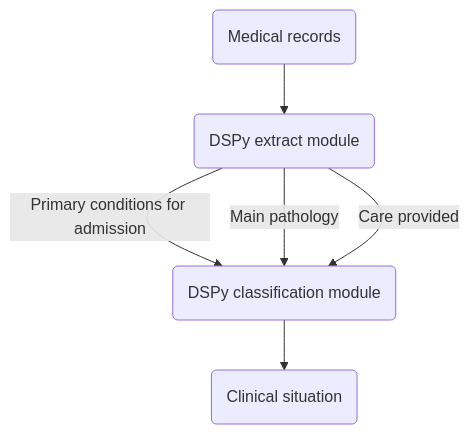
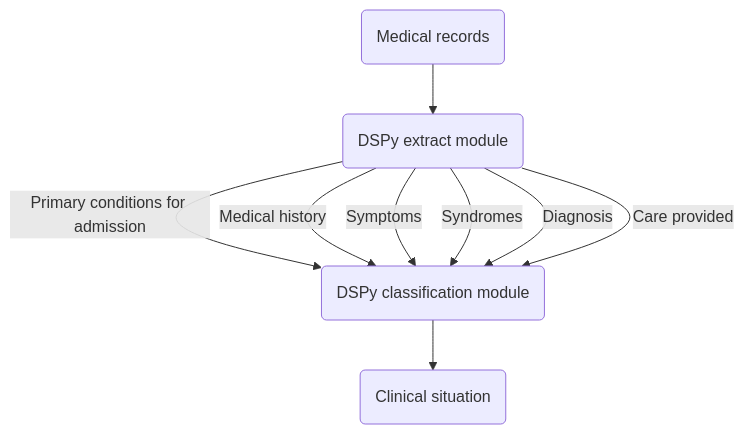
Before and after one commit to basilefuchs/clinical_situation: the diagram in README.md, drawn with Mermaid. The commit also changed other lines of this file and 5 other files, not shown here.

````diff
--- a/README.md
+++ b/README.md
@@ -6,14 +6,17 @@
 ```mermaid
 flowchart TB
 
 mr("Medical records")
 ea("DSPy extract module")
 ca("DSPy classification module")
 cs("Clinical situation")
 
 mr --> ea
 ea --"Primary conditions for admission"--> ca
-ea --"Main pathology"--> ca
+ea --"Medical history"--> ca
+ea --"Symptoms"--> ca
+ea --"Syndromes"--> ca
+ea --"Diagnosis"--> ca
 ea --"Care provided"--> ca
 ca --> cs
 ```
````
